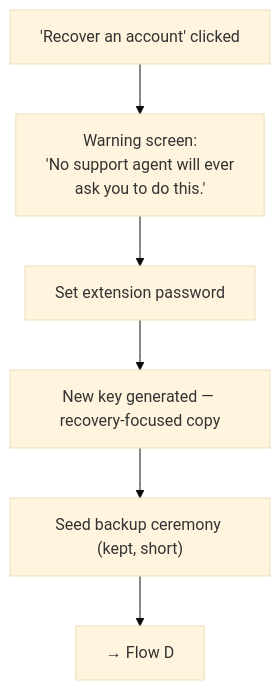
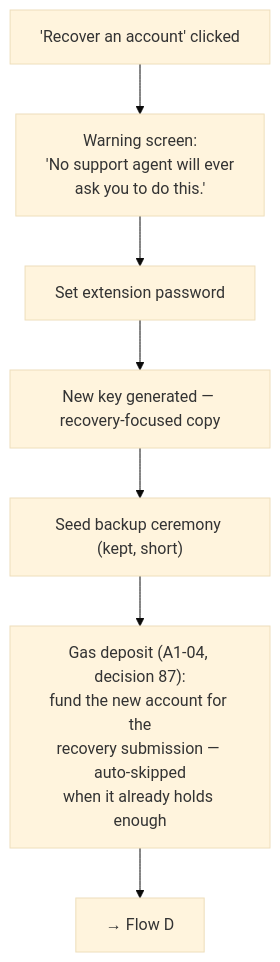
One commit to FiboAtWonder/kohaku-extension changed the second of 14 diagrams in social-recovery-ux-flows.md. Above: the diagram before and after it, drawn with Mermaid (base theme). The commit also changed other lines of this file and 2 other files, not shown here.

Commit message:
docs: review round 4 — decisions 84-89 (commit-reveal visibility, 0h timelock, grading V2, user-funded MVP + gas-deposit, smart-account-at-init MUST, E2 skipped); zkemail prose stripped

````diff
--- a/social-recovery-ux-flows.md
+++ b/social-recovery-ux-flows.md
@@ -35,10 +35,11 @@
 ```mermaid
 flowchart TD
     A["'Recover an account' clicked"] --> S["Warning screen:<br/>'No support agent will ever<br/>ask you to do this.'"]
     S --> B[Set extension password]
     B --> C["New key generated — recovery-focused copy"]
     C --> D["Seed backup ceremony (kept, short)"]
-    D --> E[→ Flow D]
+    D --> GD["Gas deposit (A1-04, decision 87):<br/>fund the new account for the<br/>recovery submission — auto-skipped<br/>when it already holds enough"]
+    GD --> E[→ Flow D]
 
     click E href "#flow-d--recover-an-account"
 ```
````
